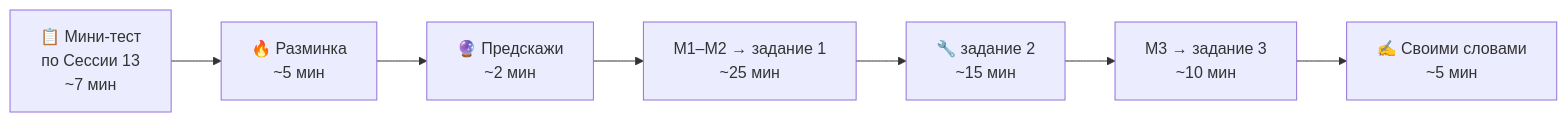
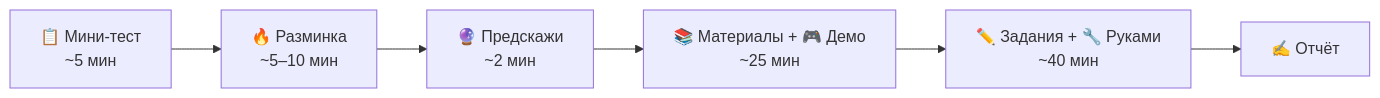
One commit to COMPACTBLUEFAN/turoring changed the first of 3 diagrams in Фаза 0/Недели/Неделя 03 (02.11–08.11)/Сессия 14 — 0.LLM.01.md. Above: the diagram before and after it, drawn with Mermaid. The commit also changed other lines of this file and 50 other files, not shown here.

````diff
--- a/Фаза 0/Недели/Неделя 03 (02.11–08.11)/Сессия 14 — 0.LLM.01.md
+++ b/Фаза 0/Недели/Неделя 03 (02.11–08.11)/Сессия 14 — 0.LLM.01.md
@@ -9,4 +9,4 @@
 ```mermaid
 flowchart LR
-    T["📋 Мини-тест<br/>по Сессии 13<br/>~7 мин"] --> B["🔥 Разминка<br/>~5 мин"] --> P["🔮 Предскажи<br/>~2 мин"] --> A["М1–М2 → задание 1<br/>~25 мин"] --> C["🔧 задание 2<br/>~15 мин"] --> D["М3 → задание 3<br/>~10 мин"] --> E["✍️ Своими словами<br/>~5 мин"]
+    A["📋 Мини-тест<br/>~5 мин"] --> B["🔥 Разминка<br/>~5–10 мин"] --> P["🔮 Предскажи<br/>~2 мин"] --> C["📚 Материалы + 🎮 Демо<br/>~25 мин"] --> D["✏️ Задания + 🔧 Руками<br/>~40 мин"] --> E["✍️ Отчёт"]
 ```
````
